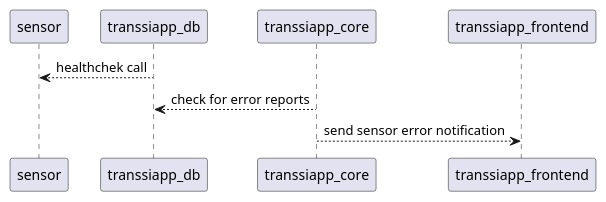
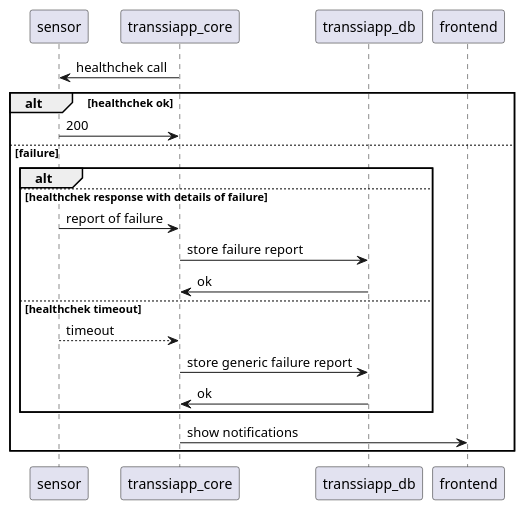
The diagram in ReportErrorSequenceDiagram.puml (fffeelipe/HPC-SW-devel-project), drawn with PlantUML before and after one commit. The commit also changed 2 other files, not shown here.

Commit message:
added usecase diagrams

```diff
--- a/ReportErrorSequenceDiagram.puml
+++ b/ReportErrorSequenceDiagram.puml
@@ -1,10 +1,24 @@
 @startuml report sensor error sequence diagram
 
-sensor <--  transsiapp_db: healthchek call
-transsiapp_db <-- transsiapp_core: check for error reports
-transsiapp_core --> transsiapp_frontend: send sensor error notification
+sensor <- transsiapp_core: healthchek call
 
+alt healthchek ok
+    sensor -> transsiapp_core: 200
+
+else failure
+alt
+else healthchek response with details of failure
+    sensor -> transsiapp_core: report of failure
+    transsiapp_core -> transsiapp_db: store failure report
+    transsiapp_db -> transsiapp_core: ok
+else healthchek timeout
+    sensor --> transsiapp_core: timeout
+    transsiapp_core -> transsiapp_db: store generic failure report
+    transsiapp_db -> transsiapp_core: ok
+end
+transsiapp_core -> frontend: show notifications
+end
 
 
 
 @enduml
```
